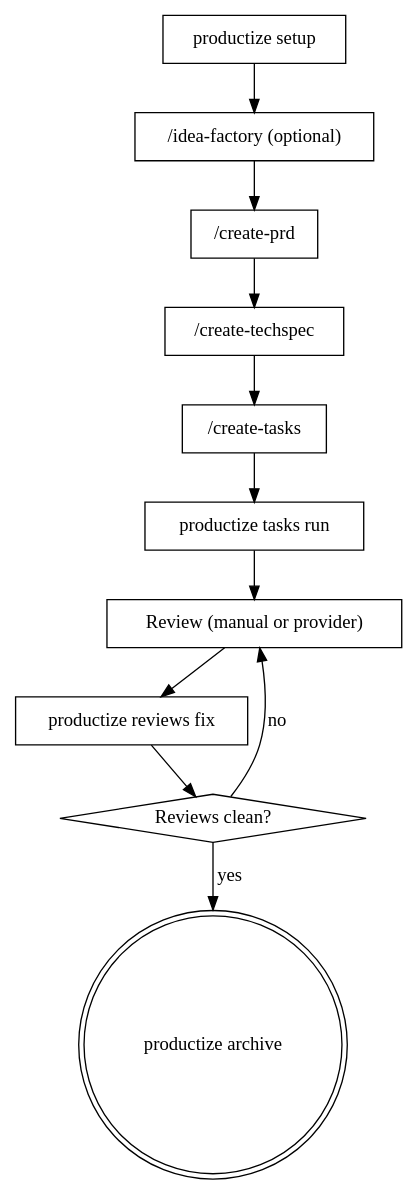
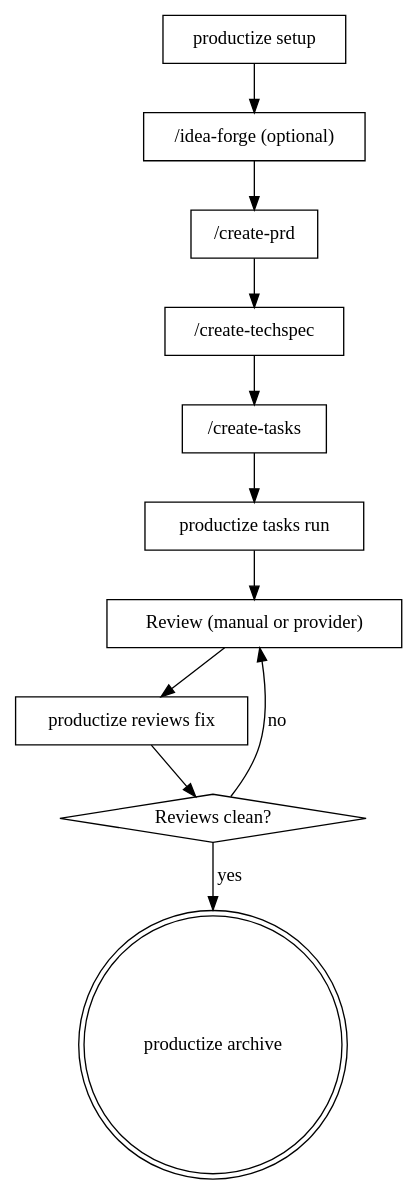
The diagram in .agents/skills/productize-runtime/SKILL.md (itseffi/productize), drawn with Graphviz before and after one commit. The commit also changed other lines of this file and 34 other files, not shown here.

````diff
--- a/.agents/skills/productize-runtime/SKILL.md
+++ b/.agents/skills/productize-runtime/SKILL.md
@@ -38,25 +38,25 @@
 ```dot
 digraph productize_pipeline {
     "productize setup" [shape=box];
-    "/idea-factory (optional)" [shape=box];
+    "/idea-forge (optional)" [shape=box];
     "/create-prd" [shape=box];
     "/create-techspec" [shape=box];
     "/create-tasks" [shape=box];
     "productize tasks run" [shape=box];
     "Review (manual or provider)" [shape=box];
     "productize reviews fix" [shape=box];
     "Reviews clean?" [shape=diamond];
     "productize archive" [shape=doublecircle];
 
-    "productize setup" -> "/idea-factory (optional)";
-    "/idea-factory (optional)" -> "/create-prd";
+    "productize setup" -> "/idea-forge (optional)";
+    "/idea-forge (optional)" -> "/create-prd";
     "/create-prd" -> "/create-techspec";
     "/create-techspec" -> "/create-tasks";
     "/create-tasks" -> "productize tasks run";
     "productize tasks run" -> "Review (manual or provider)";
     "Review (manual or provider)" -> "productize reviews fix";
     "productize reviews fix" -> "Reviews clean?";
     "Reviews clean?" -> "Review (manual or provider)" [label="no"];
     "Reviews clean?" -> "productize archive" [label="yes"];
 }
 ```
````
